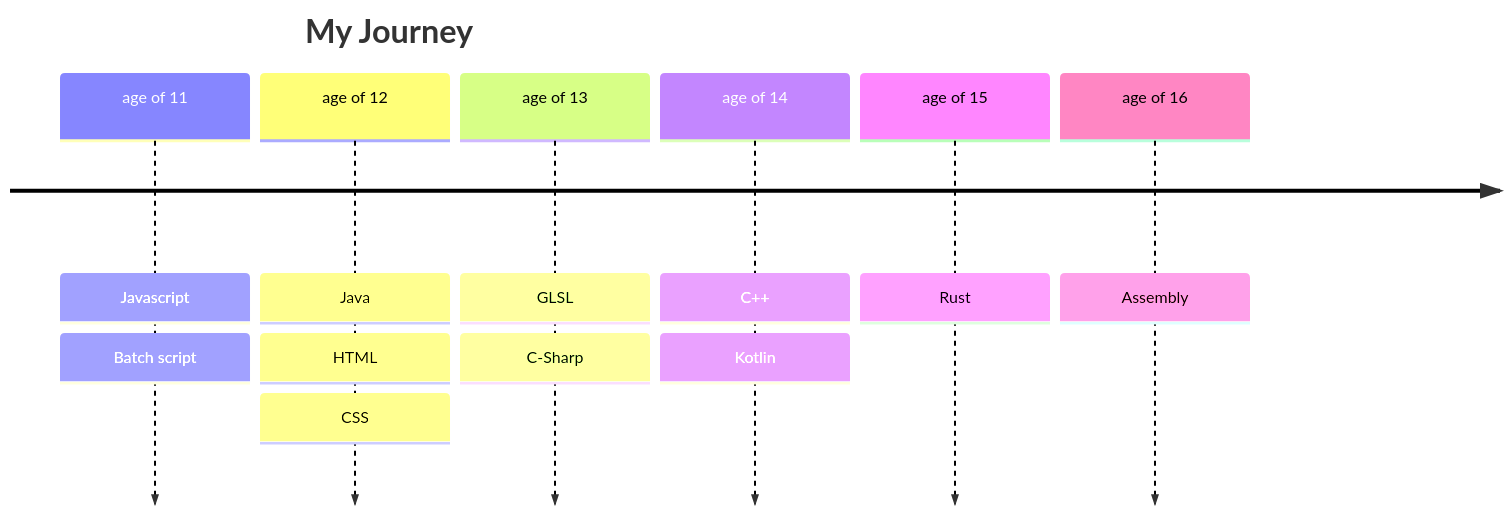
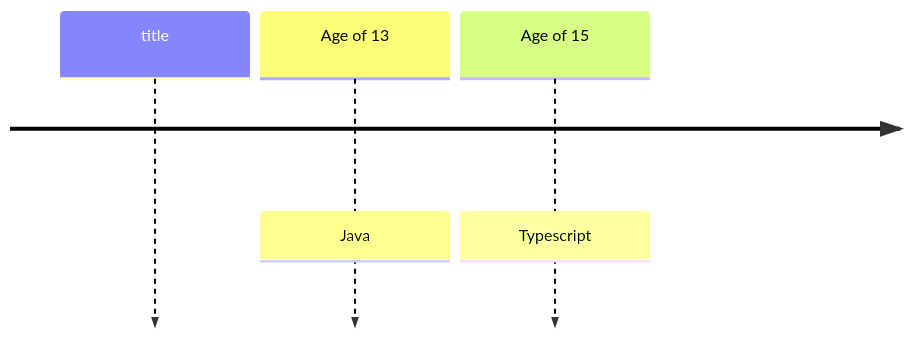
Before and after one commit to Sandro642/Sandro642: the diagram in README.md, drawn with Mermaid. The commit also changed other lines of this file, not shown here.

````diff
--- a/README.md
+++ b/README.md
@@ -39,15 +3,6 @@
 ```mermaid
 timeline
-title My Journey
-age of 11 : Javascript
-: Batch script
-age of 12 : Java
-: HTML
-: CSS
-age of 13 : GLSL
-: C-Sharp
-age of 14 : C++
-: Kotlin
-age of 15 : Rust
-age of 16 : Assembly
+title 
+Age of 13 : Java
+Age of 15 : Typescript
 ```
````
